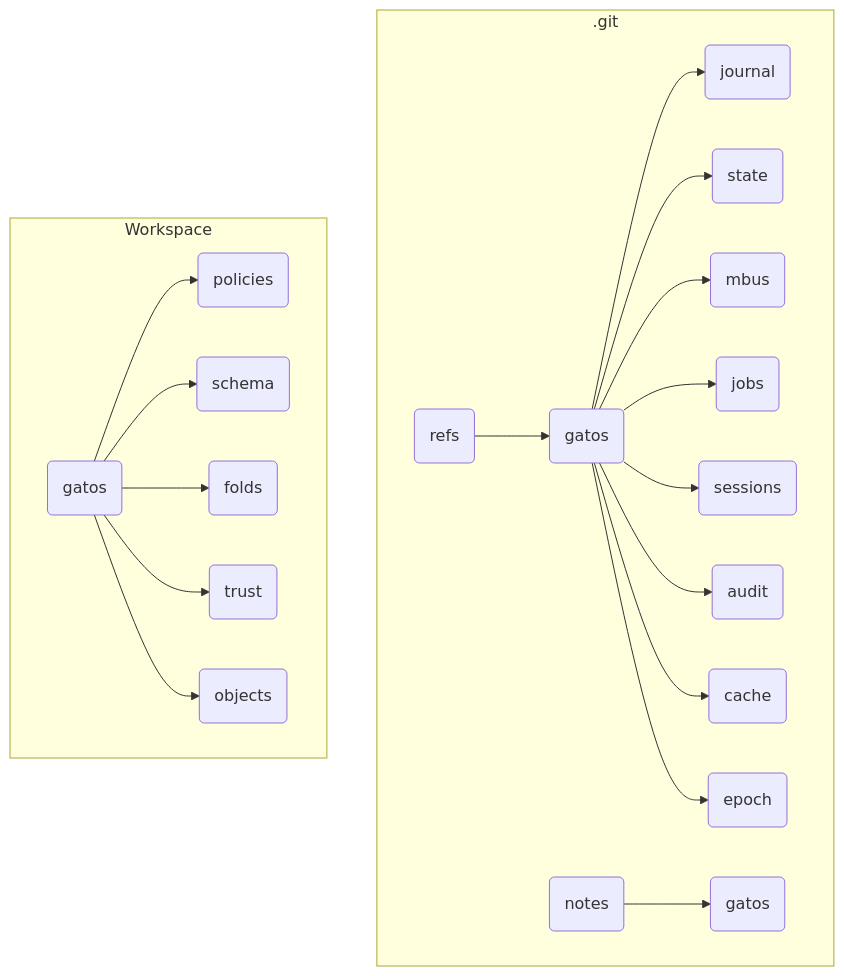
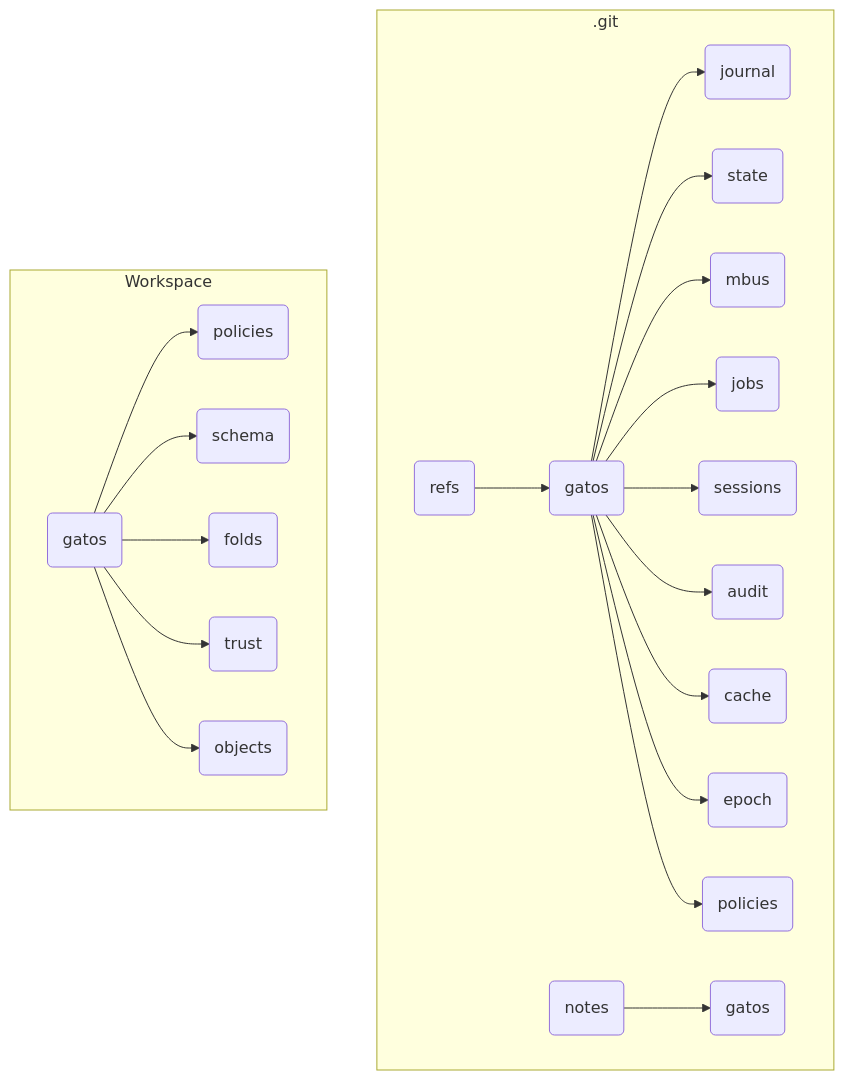
One commit to flyingrobots/gatos changed the third of 21 diagrams in docs/SPEC.md. Above: the diagram before and after it, drawn with Mermaid. The commit also changed other lines of this file, not shown here.

Commit message:
docs(spec): align with README — planes order (Ledger, Policy/Trust, State, Message, Job) and add refs/gatos/policies/ to on-disk layout with guidance

````diff
--- a/docs/SPEC.md
+++ b/docs/SPEC.md
@@ -170,24 +170,25 @@
 ```mermaid
 graph TD
     subgraph .git
         direction LR
         A(refs) --> A1(gatos)
         A1 --> B1(journal)
         A1 --> B2(state)
         A1 --> B3(mbus)
         A1 --> B4(jobs)
         A1 --> B5(sessions)
         A1 --> B6(audit)
         A1 --> B7(cache)
         A1 --> B8(epoch)
+        A1 --> B9(policies)
         C(notes) --> C1(gatos)
     end
     subgraph Workspace
         direction LR
         D(gatos) --> D1(policies)
         D --> D2(schema)
         D --> D3(folds)
         D --> D4(trust)
         D --> D5(objects)
     end
 ```
````
